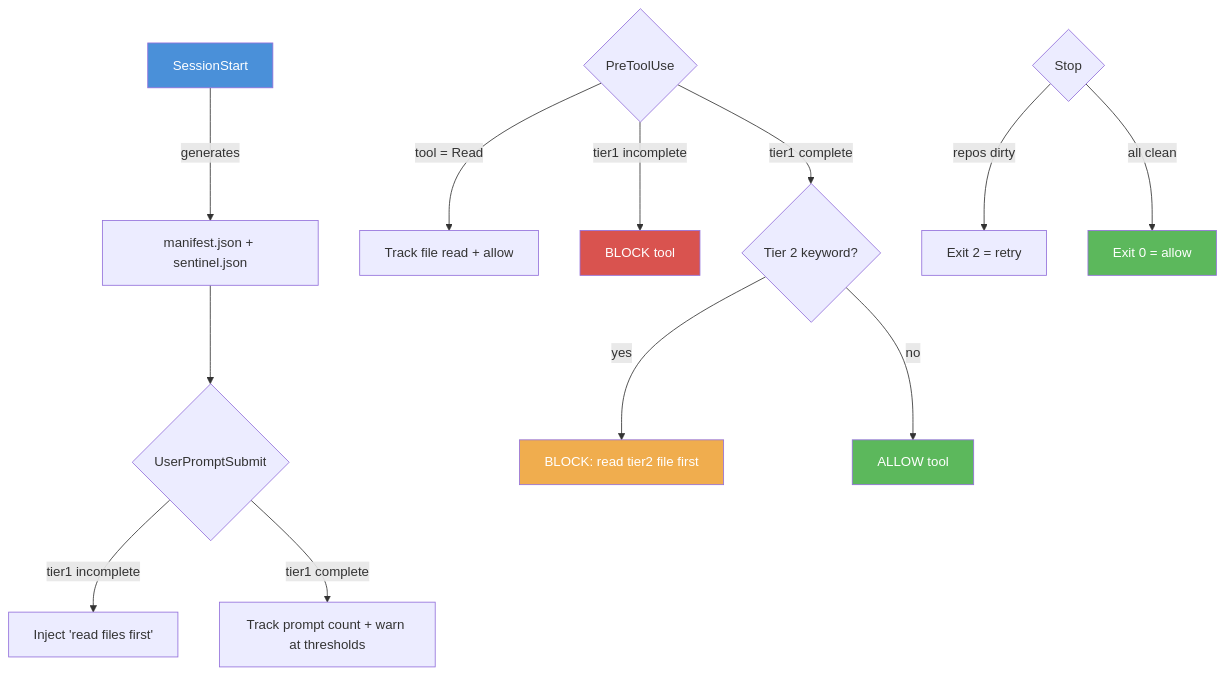
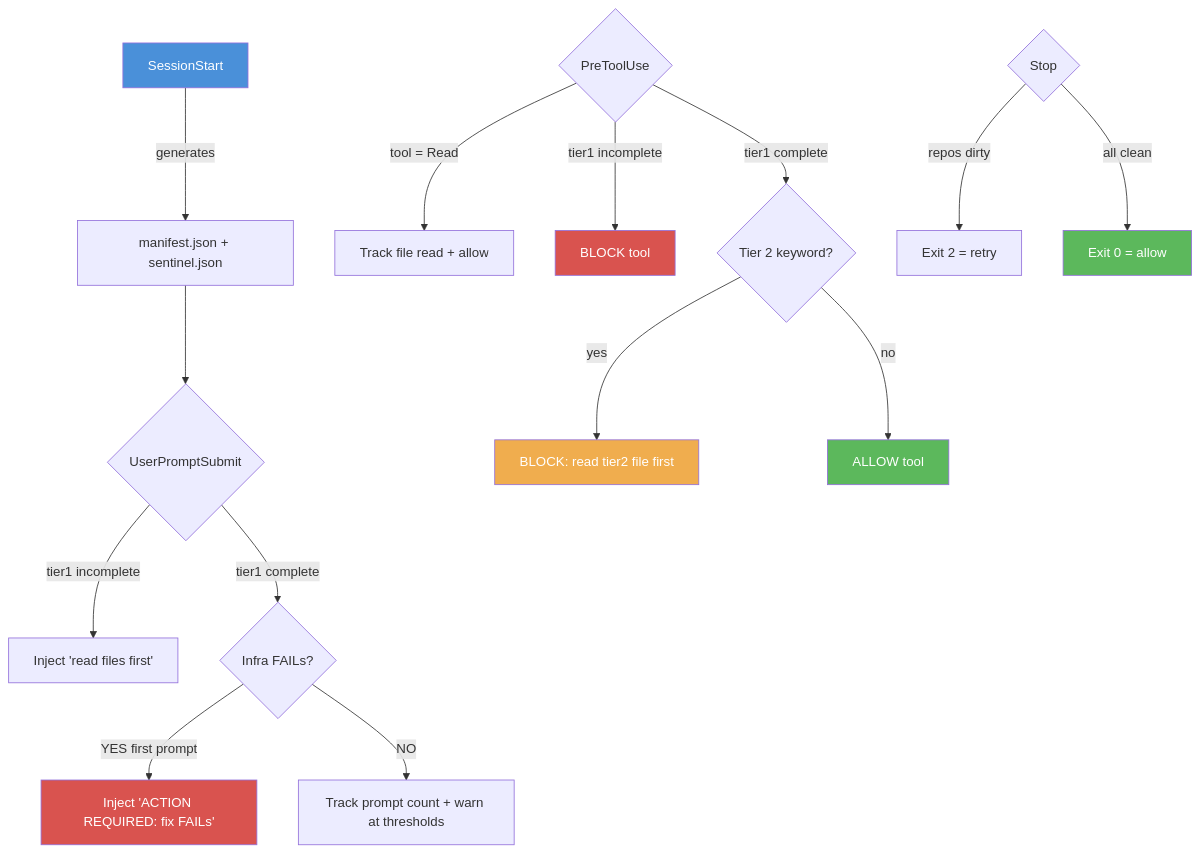
Before and after one commit to dexmaddy/agentic-ai-tiered-startup: the diagram in docs/overview/architecture.md, drawn with Mermaid. The commit also changed 4 other files, not shown here.

First line of the commit message:
Add infra FAIL gate to UserPromptSubmit hook

````diff
--- a/docs/overview/architecture.md
+++ b/docs/overview/architecture.md
@@ -6,22 +6,25 @@
 ```mermaid
 graph TD
     A[SessionStart] -->|generates| B[manifest.json + sentinel.json]
     B --> C{UserPromptSubmit}
     C -->|tier1 incomplete| D[Inject 'read files first']
-    C -->|tier1 complete| E[Track prompt count + warn at thresholds]
+    C -->|tier1 complete| E0{Infra FAILs?}
+    E0 -->|YES first prompt| E1["Inject 'ACTION REQUIRED: fix FAILs'"]
+    E0 -->|NO| E[Track prompt count + warn at thresholds]
 
     F{PreToolUse} -->|tool = Read| G[Track file read + allow]
     F -->|tier1 incomplete| H[BLOCK tool]
     F -->|tier1 complete| I{Tier 2 keyword?}
     I -->|yes| J[BLOCK: read tier2 file first]
     I -->|no| K[ALLOW tool]
 
     L{Stop} -->|repos dirty| M[Exit 2 = retry]
     L -->|all clean| N[Exit 0 = allow]
 
     style A fill:#4a90d9,color:#fff
+    style E1 fill:#d9534f,color:#fff
     style H fill:#d9534f,color:#fff
     style J fill:#f0ad4e,color:#fff
     style K fill:#5cb85c,color:#fff
     style N fill:#5cb85c,color:#fff
 ```
````
